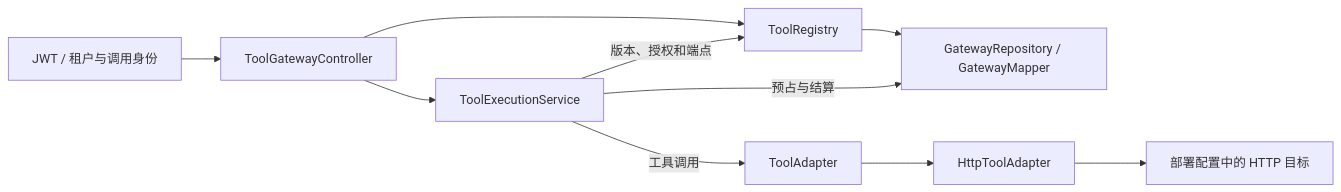
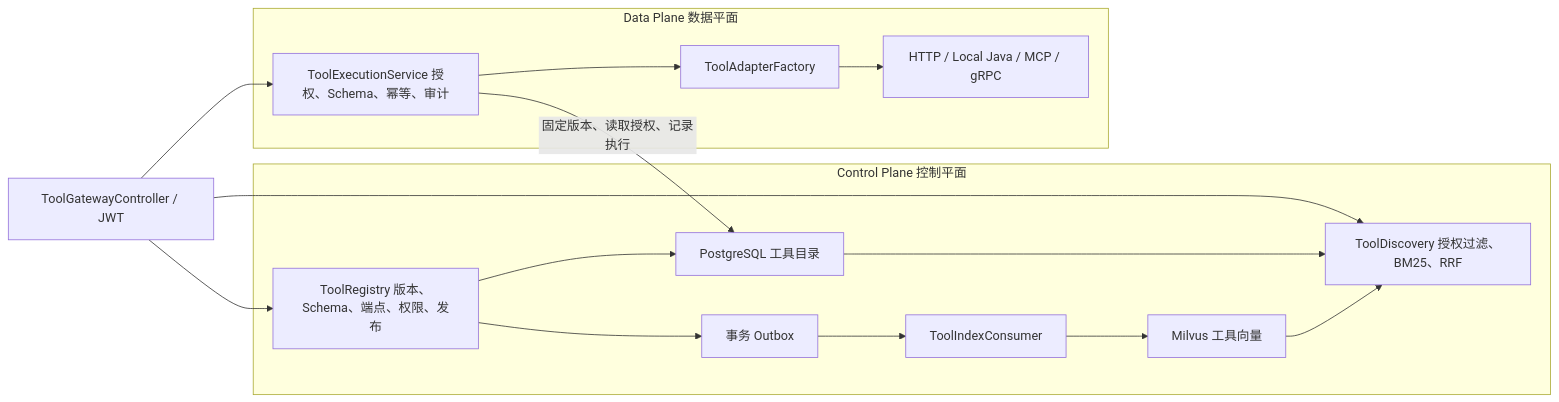
The first of 3 diagrams in docs/implementation/tool-gateway.md (1625753348/mySuperClaw), drawn with Mermaid before and after one commit. The commit also changed other lines of this file and 36 other files, not shown here.

First line of the commit message:
feat: add ranked tool discovery and multi-protocol gateway

````diff
--- a/docs/implementation/tool-gateway.md
+++ b/docs/implementation/tool-gateway.md
@@ -5,12 +5,19 @@
 ```mermaid
 flowchart LR
-    JWT["JWT / 租户与调用身份"] --> C["ToolGatewayController"]
-    C --> R["ToolRegistry"]
-    C --> E["ToolExecutionService"]
-    E -->|"版本、授权和端点"| R
-    R --> M["GatewayRepository / GatewayMapper"]
-    E -->|"预占与结算"| M
-    E -->|"工具调用"| A["ToolAdapter"]
-    A --> H["HttpToolAdapter"]
-    H --> T["部署配置中的 HTTP 目标"]
+    C["ToolGatewayController / JWT"] --> R
+    C --> D
+    C --> E
+    subgraph CP["Control Plane 控制平面"]
+        R["ToolRegistry 版本、Schema、端点、权限、发布"] --> P["PostgreSQL 工具目录"]
+        R --> O["事务 Outbox"]
+        O --> I["ToolIndexConsumer"]
+        I --> V["Milvus 工具向量"]
+        P --> D["ToolDiscovery 授权过滤、BM25、RRF"]
+        V --> D
+    end
+    subgraph DP["Data Plane 数据平面"]
+        E["ToolExecutionService 授权、Schema、幂等、审计"] --> A["ToolAdapterFactory"]
+        A --> H["HTTP / Local Java / MCP / gRPC"]
+    end
+    E -->|"固定版本、读取授权、记录执行"| P
 ```
````
